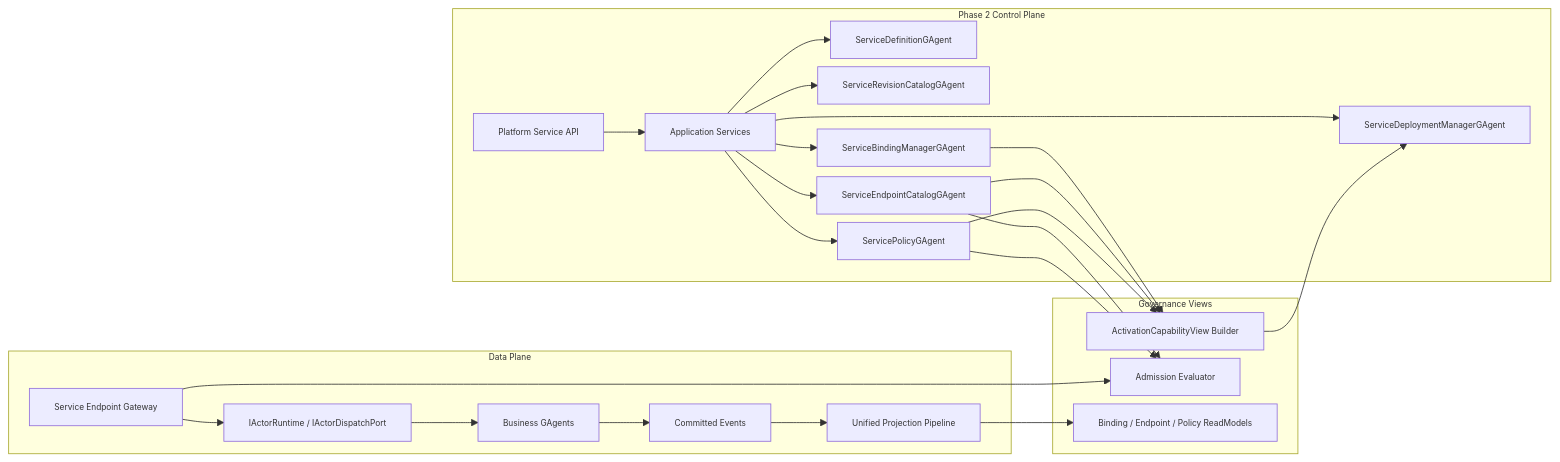
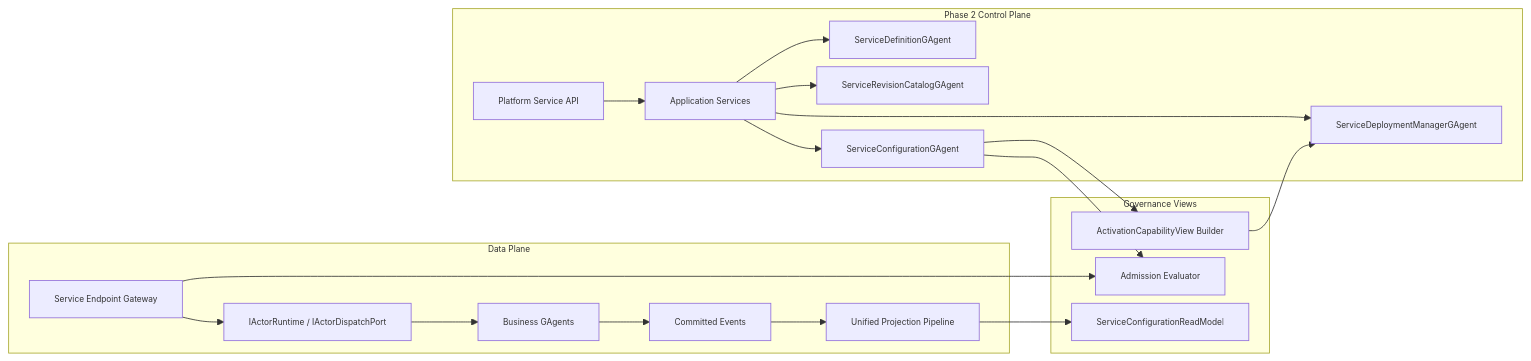
The diagram in docs/architecture/2026-03-14-gagent-service-phase-2-binding-policy-blueprint.md (aevatarAI/aevatar), drawn with Mermaid before and after one commit. The commit also changed other lines of this file and 141 other files, not shown here.

First line of the commit message:
Update GAgent Service Architecture Documents and Refactor Query Interfaces

````diff
--- a/docs/architecture/2026-03-14-gagent-service-phase-2-binding-policy-blueprint.md
+++ b/docs/architecture/2026-03-14-gagent-service-phase-2-binding-policy-blueprint.md
@@ -125,48 +124,41 @@
 ```mermaid
 %%{init: {"maxTextSize": 100000, "flowchart": {"useMaxWidth": false, "nodeSpacing": 10, "rankSpacing": 50}, "themeVariables": {"fontSize": "10px"}}}%%
 flowchart LR
     subgraph cp ["Phase 2 Control Plane"]
         API["Platform Service API"]
         APP["Application Services"]
         DEF["ServiceDefinitionGAgent"]
         REV["ServiceRevisionCatalogGAgent"]
         DEP["ServiceDeploymentManagerGAgent"]
-        BND["ServiceBindingManagerGAgent"]
-        EPC["ServiceEndpointCatalogGAgent"]
-        POL["ServicePolicyGAgent"]
+        CFG["ServiceConfigurationGAgent"]
     end
 
     subgraph gov ["Governance Views"]
         ACV["ActivationCapabilityView Builder"]
         ADM["Admission Evaluator"]
-        CAT["Binding / Endpoint / Policy ReadModels"]
+        CAT["ServiceConfigurationReadModel"]
     end
 
     subgraph dp ["Data Plane"]
         GW["Service Endpoint Gateway"]
         RT["IActorRuntime / IActorDispatchPort"]
         ACT["Business GAgents"]
         EVT["Committed Events"]
         PROJ["Unified Projection Pipeline"]
     end
 
     API --> APP
     APP --> DEF
     APP --> REV
     APP --> DEP
-    APP --> BND
-    APP --> EPC
-    APP --> POL
-    BND --> ACV
-    EPC --> ACV
-    POL --> ACV
+    APP --> CFG
+    CFG --> ACV
     ACV --> DEP
-    EPC --> ADM
-    POL --> ADM
+    CFG --> ADM
     GW --> ADM
     GW --> RT
     RT --> ACT
     ACT --> EVT
     EVT --> PROJ
     PROJ --> CAT
 ```
````
